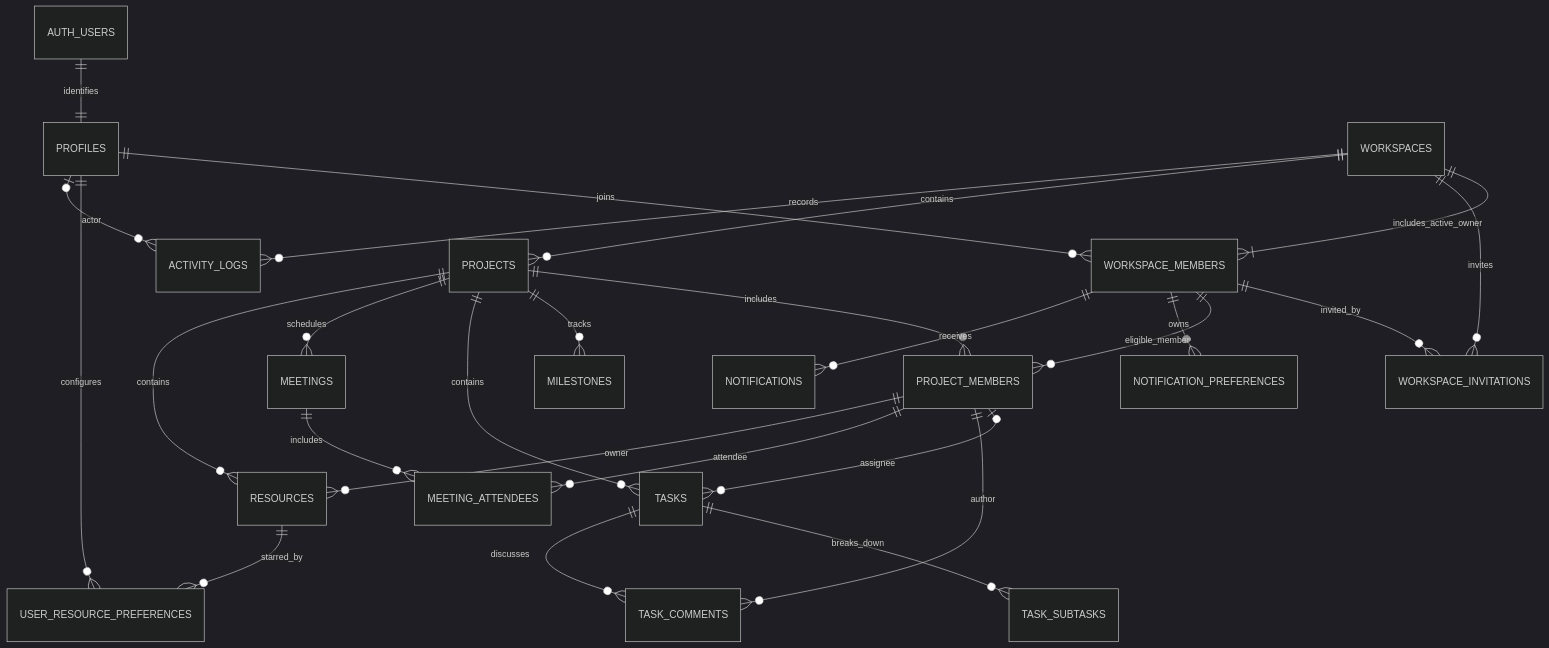
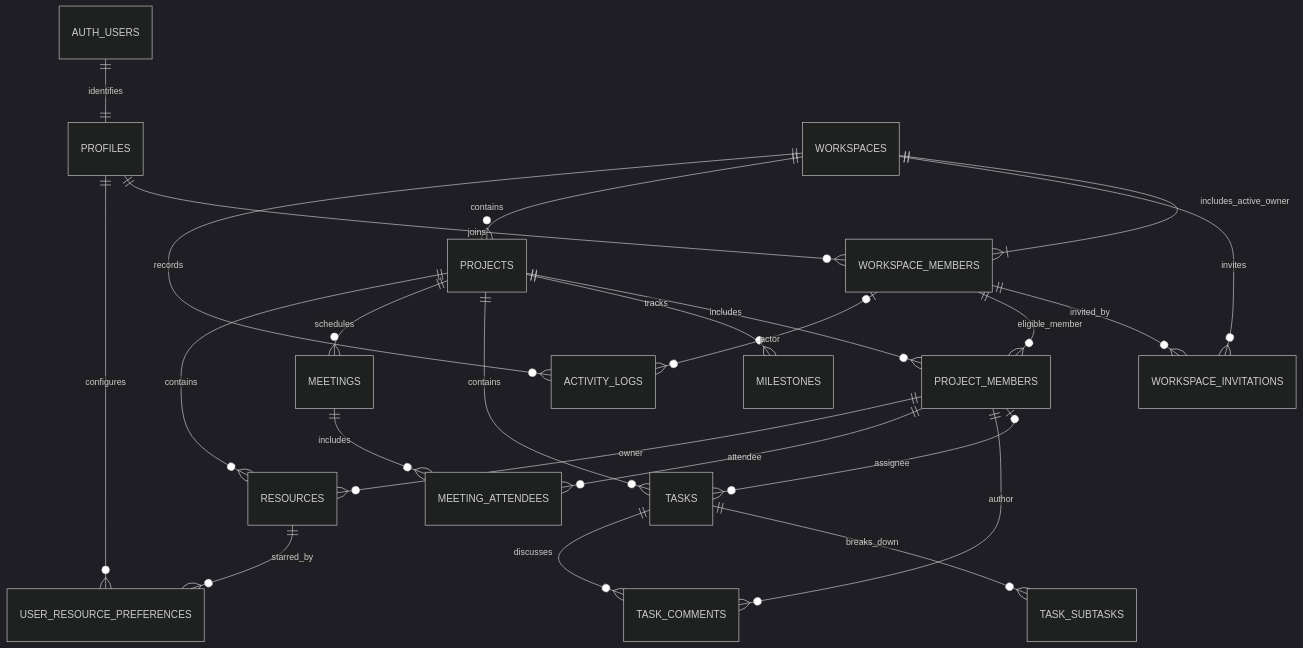
Before and after one commit to Ajaykumarch15/Asquii: the diagram in docs/engineering/07-database-er-diagram.md, drawn with Mermaid (dark theme). The commit also changed other lines of this file and 92 other files, not shown here.

````diff
--- a/docs/engineering/07-database-er-diagram.md
+++ b/docs/engineering/07-database-er-diagram.md
@@ -5,28 +5,26 @@
 ```mermaid
 erDiagram
   AUTH_USERS ||--|| PROFILES : identifies
   WORKSPACES ||--|{ WORKSPACE_MEMBERS : includes_active_owner
   PROFILES ||--o{ WORKSPACE_MEMBERS : joins
   WORKSPACES ||--o{ WORKSPACE_INVITATIONS : invites
   WORKSPACE_MEMBERS ||--o{ WORKSPACE_INVITATIONS : invited_by
   WORKSPACES ||--o{ PROJECTS : contains
   PROJECTS ||--o{ PROJECT_MEMBERS : includes
   WORKSPACE_MEMBERS ||--o{ PROJECT_MEMBERS : eligible_member
   PROJECTS ||--o{ MILESTONES : tracks
   PROJECTS ||--o{ TASKS : contains
   PROJECT_MEMBERS o|--o{ TASKS : assignee
   TASKS ||--o{ TASK_SUBTASKS : breaks_down
   TASKS ||--o{ TASK_COMMENTS : discusses
   PROJECT_MEMBERS ||--o{ TASK_COMMENTS : author
   PROJECTS ||--o{ MEETINGS : schedules
   MEETINGS ||--o{ MEETING_ATTENDEES : includes
   PROJECT_MEMBERS ||--o{ MEETING_ATTENDEES : attendee
   PROJECTS ||--o{ RESOURCES : contains
   PROJECT_MEMBERS ||--o{ RESOURCES : owner
   PROFILES ||--o{ USER_RESOURCE_PREFERENCES : configures
   RESOURCES ||--o{ USER_RESOURCE_PREFERENCES : starred_by
   WORKSPACES ||--o{ ACTIVITY_LOGS : records
-  PROFILES o|--o{ ACTIVITY_LOGS : actor
-  WORKSPACE_MEMBERS ||--o{ NOTIFICATION_PREFERENCES : owns
-  WORKSPACE_MEMBERS ||--o{ NOTIFICATIONS : receives
+  WORKSPACE_MEMBERS o|--o{ ACTIVITY_LOGS : actor
 ```
````
